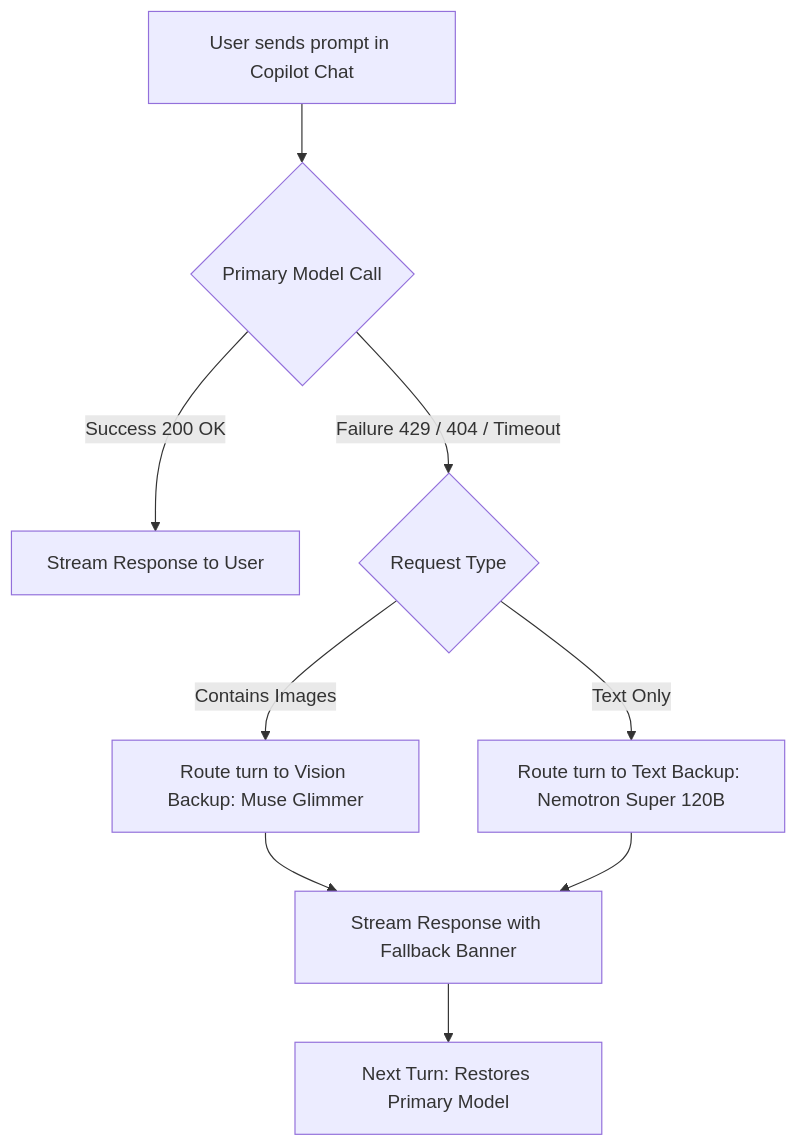
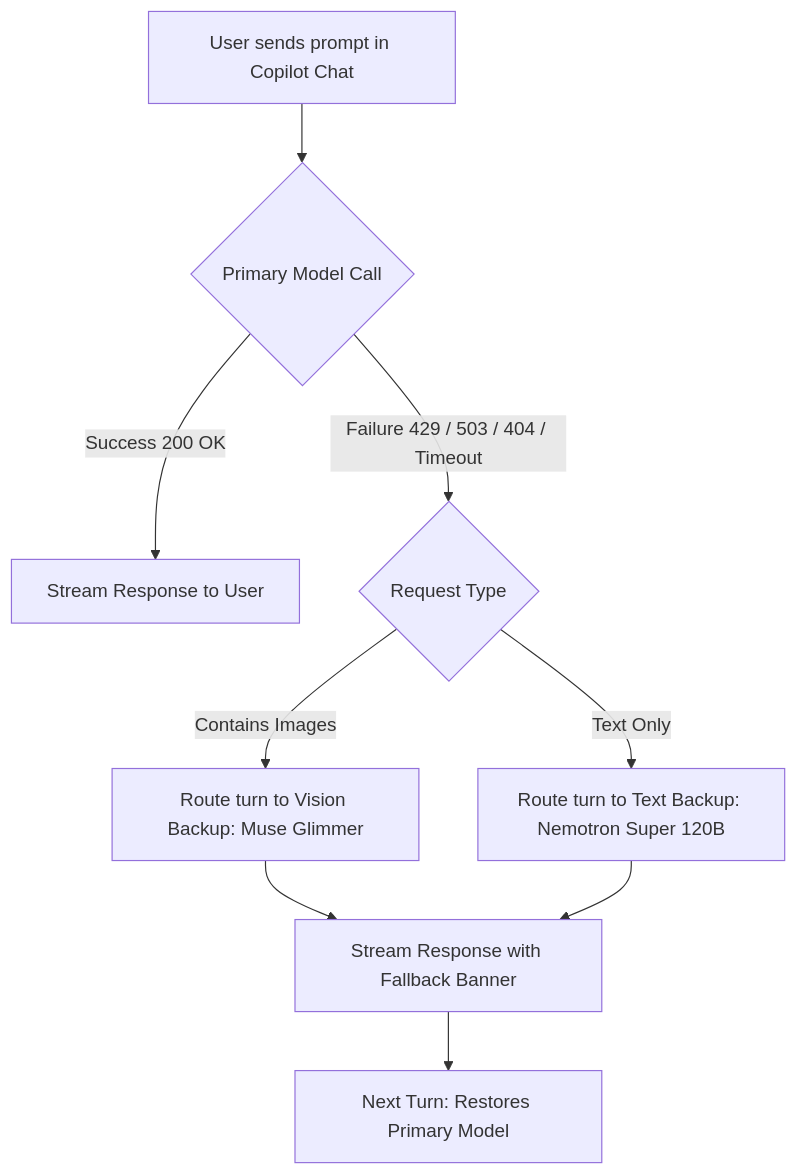
The diagram in docs/failover.md (BaUka0/nvidia-nim-provider), drawn with Mermaid before and after one commit. The commit also changed other lines of this file and 7 other files, not shown here.

````diff
--- a/docs/failover.md
+++ b/docs/failover.md
@@ -16,11 +16,11 @@
 ```mermaid
 flowchart TD
     A[User sends prompt in Copilot Chat] --> B{Primary Model Call}
     B -- Success 200 OK --> C[Stream Response to User]
-    B -- Failure 429 / 404 / Timeout --> D{Request Type}
+    B -- Failure 429 / 503 / 404 / Timeout --> D{Request Type}
     D -- Contains Images --> E[Route turn to Vision Backup: Muse Glimmer]
     D -- Text Only --> F[Route turn to Text Backup: Nemotron Super 120B]
     E --> G[Stream Response with Fallback Banner]
     F --> G
     G --> H[Next Turn: Restores Primary Model]
 ```
````
